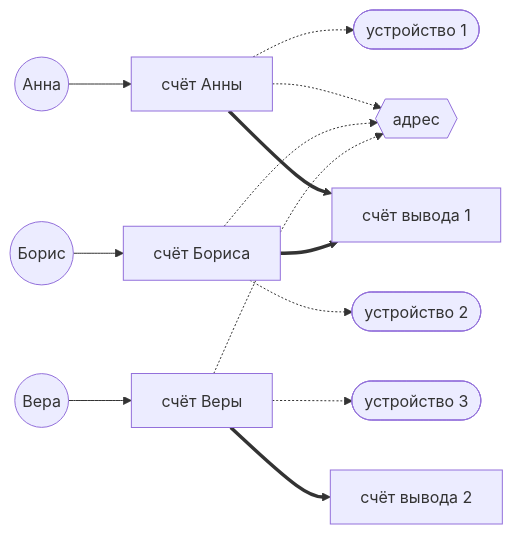
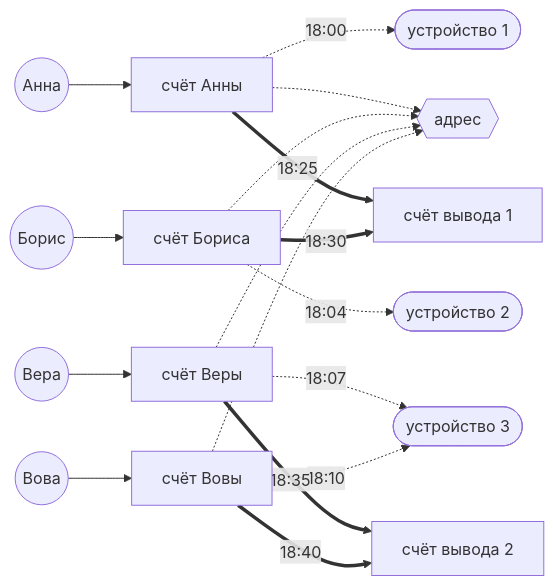
One commit to feytox/shugraph changed the fourth of 9 diagrams in docs/schemes-simple.md. Above: the diagram before and after it, drawn with Mermaid. The commit also changed other lines of this file and 2 other files, not shown here.

````diff
--- a/docs/schemes-simple.md
+++ b/docs/schemes-simple.md
@@ -45,15 +56,19 @@
 ```mermaid
 flowchart LR
     C1((Анна)) --> A1[счёт Анны]
     C2((Борис)) --> A2[счёт Бориса]
     C3((Вера)) --> A3[счёт Веры]
-    A1 -.-> D1([устройство 1])
+    C4((Вова)) --> A4[счёт Вовы]
+    A1 -. 18:00 .-> D1([устройство 1])
     A1 -.-> IP{{адрес}}
-    A2 -.-> D2([устройство 2])
+    A2 -. 18:04 .-> D2([устройство 2])
     A2 -.-> IP
-    A3 -.-> D3([устройство 3])
+    A3 -. 18:07 .-> D3([устройство 3])
     A3 -.-> IP
-    A1 ==> OUT1[счёт вывода 1]
-    A2 ==> OUT1
-    A3 ==> OUT2[счёт вывода 2]
+    A4 -. 18:10 .-> D3
+    A4 -.-> IP
+    A1 ==>|18:25| OUT1[счёт вывода 1]
+    A2 ==>|18:30| OUT1
+    A3 ==>|18:35| OUT2[счёт вывода 2]
+    A4 ==>|18:40| OUT2
 ```
````
